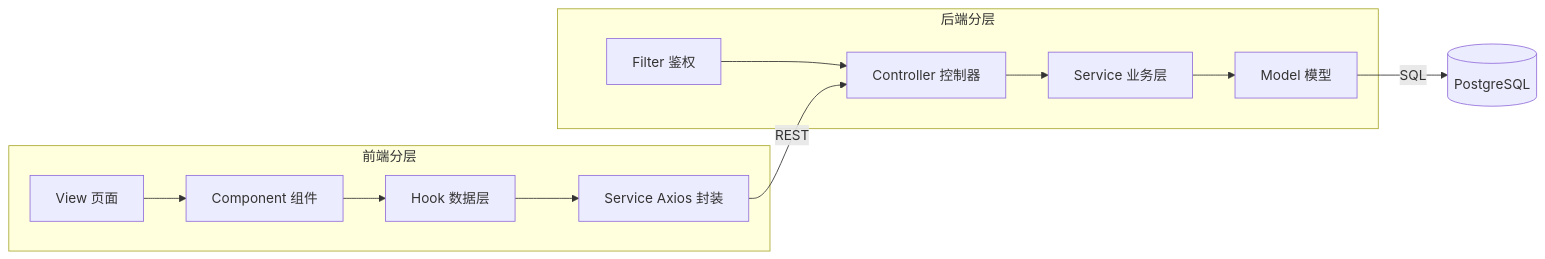
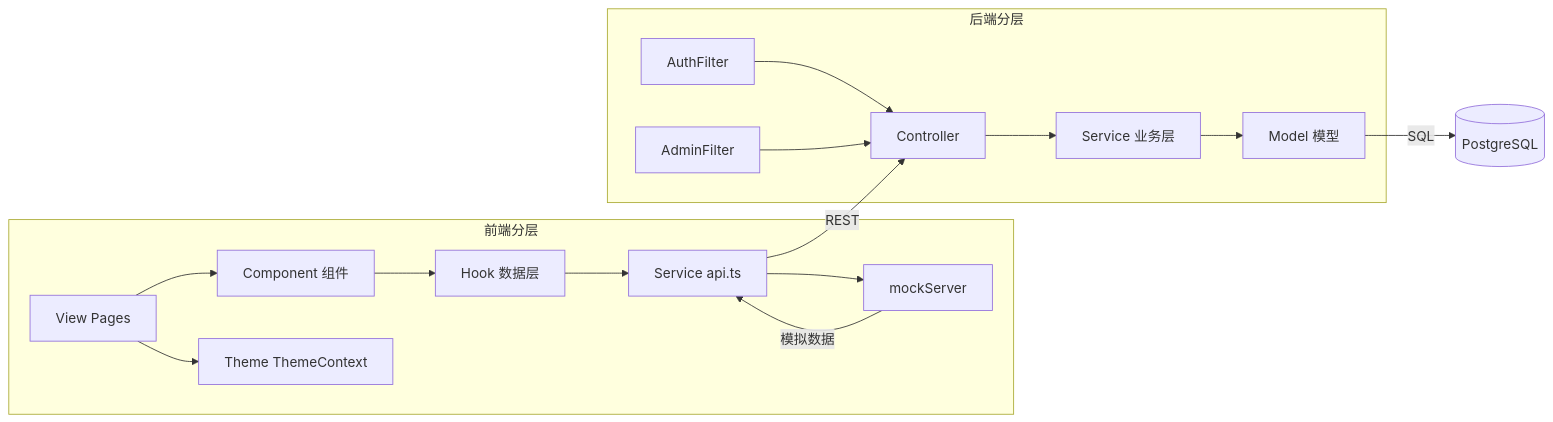
One commit to An-meng01/cultivation_plan changed the second of 12 diagrams in docs/System_Design_Document.md. Above: the diagram before and after it, drawn with Mermaid. The commit also changed other lines of this file and 1 other file, not shown here.

````diff
--- a/docs/System_Design_Document.md
+++ b/docs/System_Design_Document.md
@@ -36,15 +36,19 @@
 ```mermaid
 flowchart LR
     subgraph 前端分层
-        V[View 页面] --> C[Component 组件]
+        V[View Pages] --> C[Component 组件]
         C --> H[Hook 数据层]
-        H --> S[Service Axios 封装]
+        H --> S[Service api.ts]
+        S --> M[mockServer]
+        V --> T[Theme ThemeContext]
     end
     subgraph 后端分层
-        CTRL[Controller 控制器] --> SVC[Service 业务层]
+        CTRL[Controller] --> SVC[Service 业务层]
         SVC --> MDL[Model 模型]
-        F[Filter 鉴权] --> CTRL
+        AF[AuthFilter] --> CTRL
+        AD[AdminFilter] --> CTRL
     end
     S -->|REST| CTRL
+    M -->|模拟数据| S
     MDL -->|SQL| DB[(PostgreSQL)]
 ```
````
